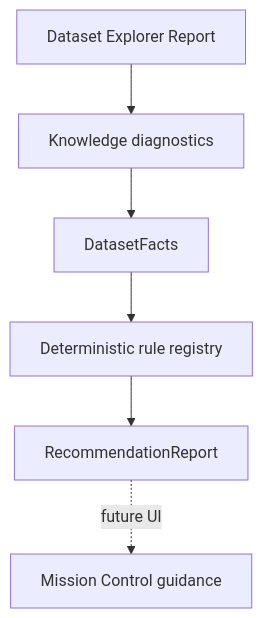
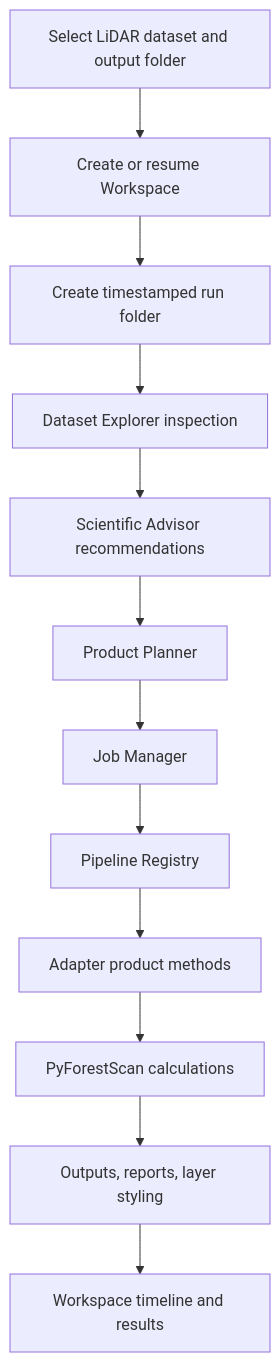
Before and after one commit to sticholas/pyforestscan-qgis: the third of 4 diagrams in docs/ARCHITECTURE.md, drawn with Mermaid. The commit also changed other lines of this file and 41 other files, not shown here.

````diff
--- a/docs/ARCHITECTURE.md
+++ b/docs/ARCHITECTURE.md
@@ -168,8 +51,14 @@
 ```mermaid
 flowchart TD
-    A["Dataset Explorer Report"] --> B["Knowledge diagnostics"]
-    B --> C["DatasetFacts"]
-    C --> D["Deterministic rule registry"]
-    D --> E["RecommendationReport"]
-    E -."future UI".-> F["Mission Control guidance"]
+    A["Select LiDAR dataset and output folder"] --> B["Create or resume Workspace"]
+    B --> C["Create timestamped run folder"]
+    C --> D["Dataset Explorer inspection"]
+    D --> E["Scientific Advisor recommendations"]
+    E --> F["Product Planner"]
+    F --> G["Job Manager"]
+    G --> H["Pipeline Registry"]
+    H --> I["Adapter product methods"]
+    I --> J["PyForestScan calculations"]
+    J --> K["Outputs, reports, layer styling"]
+    K --> L["Workspace timeline and results"]
 ```
````
